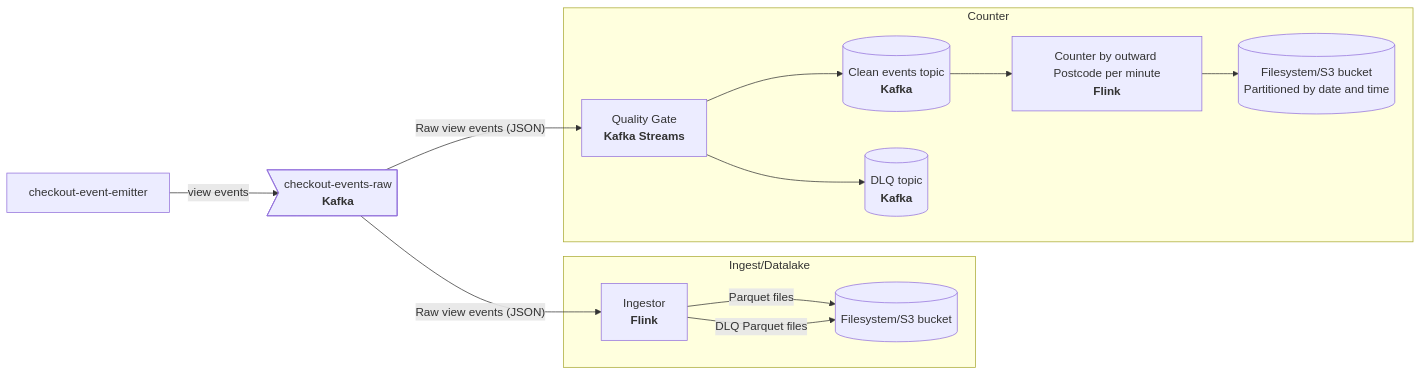
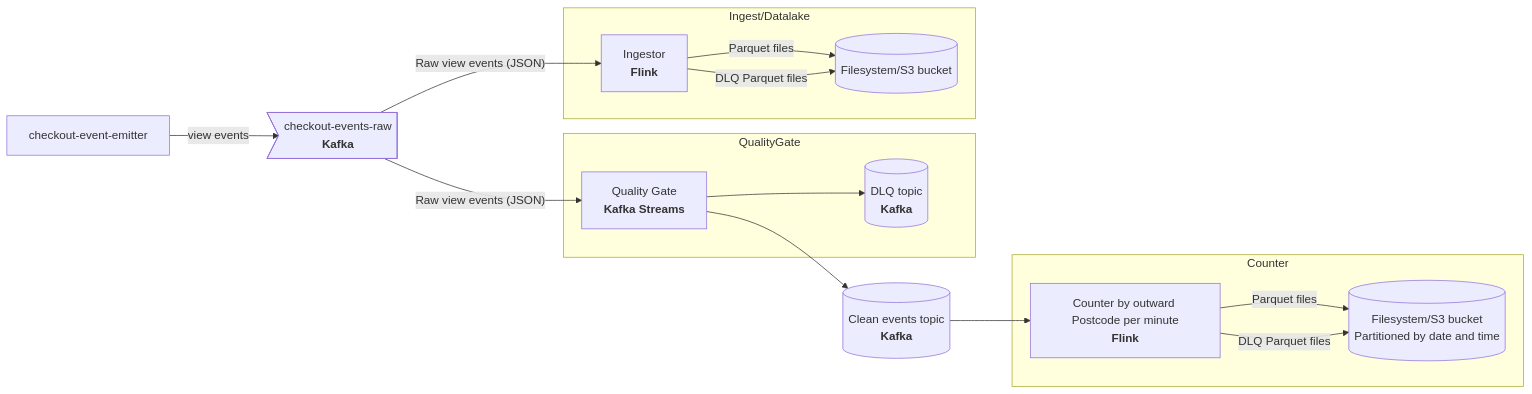
The diagram in architecture.md (inigoillan/checkout-interview), drawn with Mermaid before and after one commit.

Commit message:
Fixed architecture diagram to reflect DQLs for outward pipelines

````diff
--- a/architecture.md
+++ b/architecture.md
@@ -5,31 +5,36 @@
 ```mermaid
 flowchart LR
   Emitter["checkout-event-emitter"]
   KafkaRaw>"checkout-events-raw<br/><b>Kafka</b>"]
 
   Emitter -->|"view events"| KafkaRaw
   
   subgraph Ingest/Datalake
     Ingestor["Ingestor<br/><b>Flink</b>"]
     LakeRaw[("Filesystem/S3 bucket")]
   end
   
   KafkaRaw -->|"Raw view events (JSON)"| Ingestor
   Ingestor -->|"Parquet files"| LakeRaw
   Ingestor -->|"DLQ Parquet files"| LakeRaw
 
+  subgraph QualityGate
+      DLQ[("DLQ topic<br/><b>Kafka</b>")]
+      QG["Quality Gate<br/><b>Kafka Streams</b>"]
+  end
+  
+  CleanTopic[("Clean events topic<br/><b>Kafka</b>")]
+
   subgraph Counter
-    QG["Quality Gate<br/><b>Kafka Streams</b>"]
-    CleanTopic[("Clean events topic<br/><b>Kafka</b>")]
-    DLQ[("DLQ topic<br/><b>Kafka</b>")]
     Count["Counter by outward Postcode per minute<br/><b>Flink</b>"]
     LakeAgg[("Filesystem/S3 bucket</br>Partitioned by date and time")]
   end
   
   KafkaRaw -->|"Raw view events (JSON)"| QG
   QG --> DLQ
   QG --> CleanTopic
 
   CleanTopic --> Count
-  Count --> LakeAgg
+  Count -->|"Parquet files"| LakeAgg
+  Count -->|"DLQ Parquet files"| LakeAgg
 ```
````
